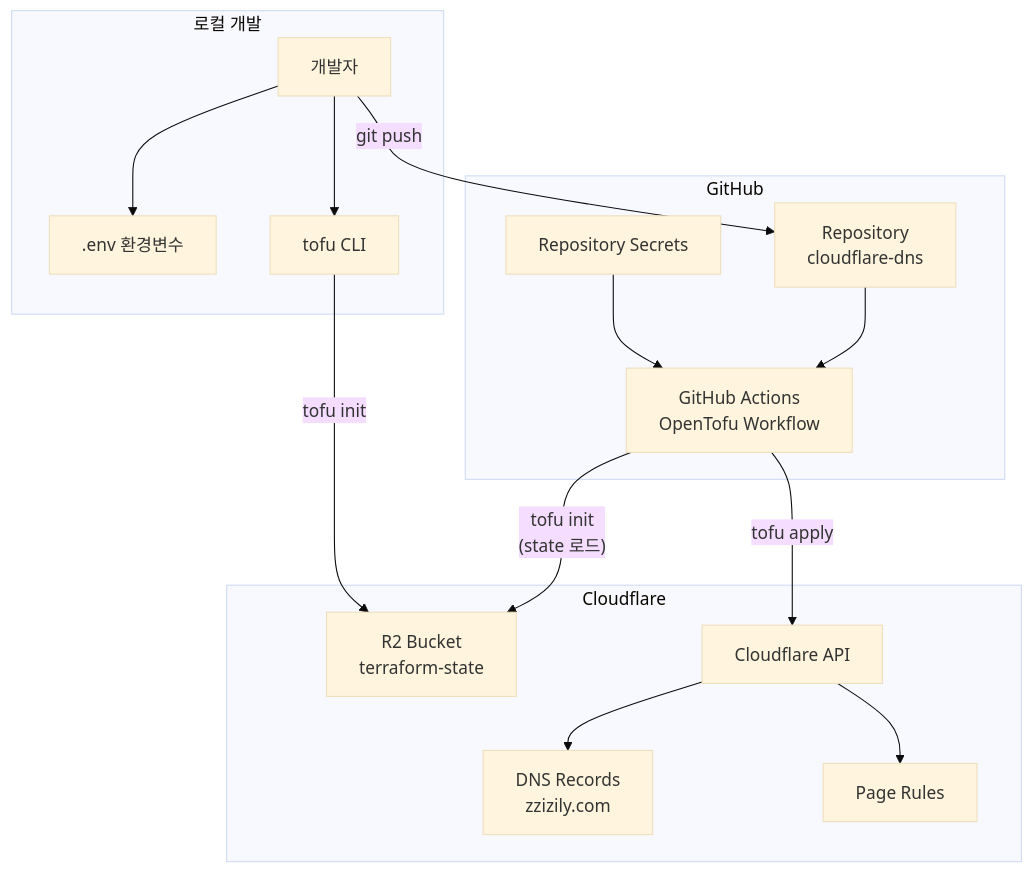
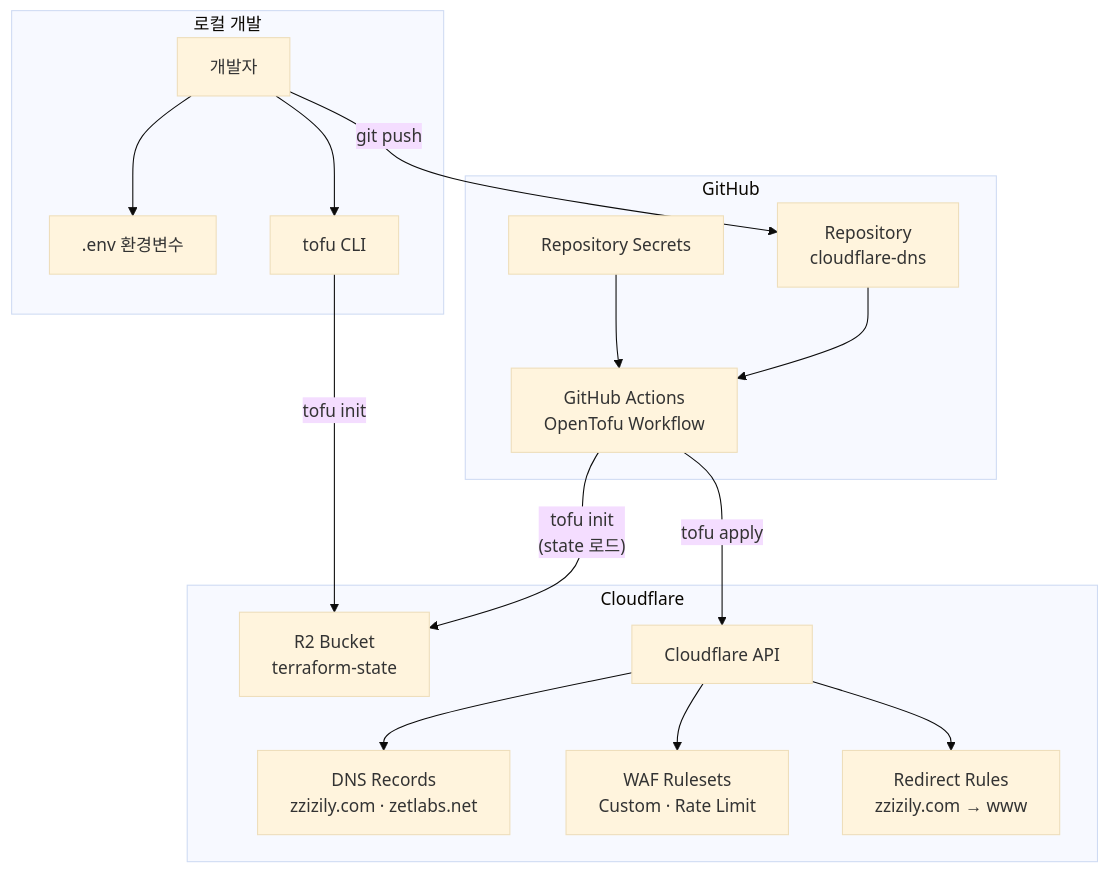
One commit to deuxksy/cloudflare-dns changed the first of 3 diagrams in README.md. Above: the diagram before and after it, drawn with Mermaid (base theme). The commit also changed other lines of this file and 2 other files, not shown here.

````diff
--- a/README.md
+++ b/README.md
@@ -11,32 +21,34 @@
 ```mermaid
 graph TB
     subgraph Local["로컬 개발"]
         dev["개발자"]
         env[".env 환경변수"]
         tofu["tofu CLI"]
         dev --> env
         dev --> tofu
     end
 
     subgraph GitHub["GitHub"]
         repo["Repository\ncloudflare-dns"]
         action["GitHub Actions\nOpenTofu Workflow"]
         secrets["Repository Secrets"]
         repo --> action
         secrets --> action
     end
 
     subgraph Cloudflare["Cloudflare"]
         r2["R2 Bucket\nterraform-state"]
         api["Cloudflare API"]
-        dns["DNS Records\nzzizily.com"]
-        pr["Page Rules"]
+        dns["DNS Records\nzzizily.com · zetlabs.net"]
+        waf["WAF Rulesets\nCustom · Rate Limit"]
+        redir["Redirect Rules\nzzizily.com → www"]
     end
 
     dev -->|"git push"| repo
     action -->|"tofu init\n(state 로드)"| r2
     action -->|"tofu apply"| api
     tofu -->|"tofu init"| r2
     api --> dns
-    api --> pr
+    api --> waf
+    api --> redir
 ```
````
